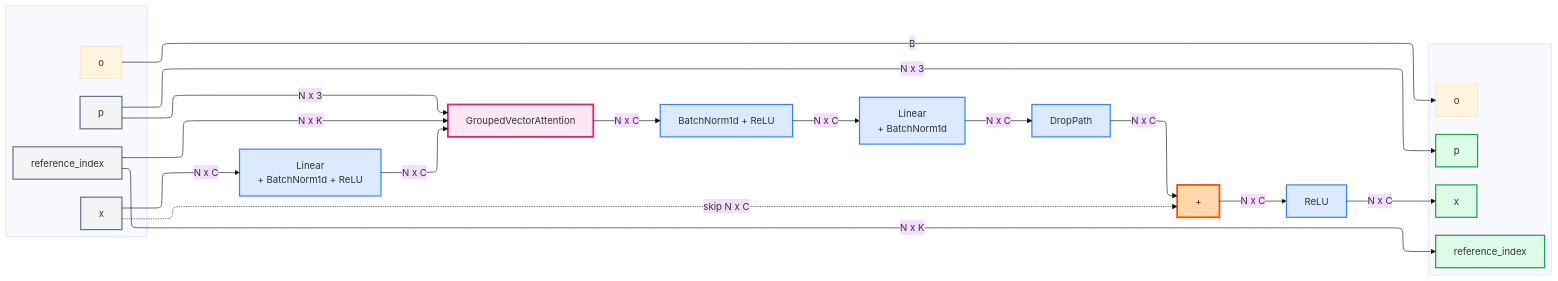
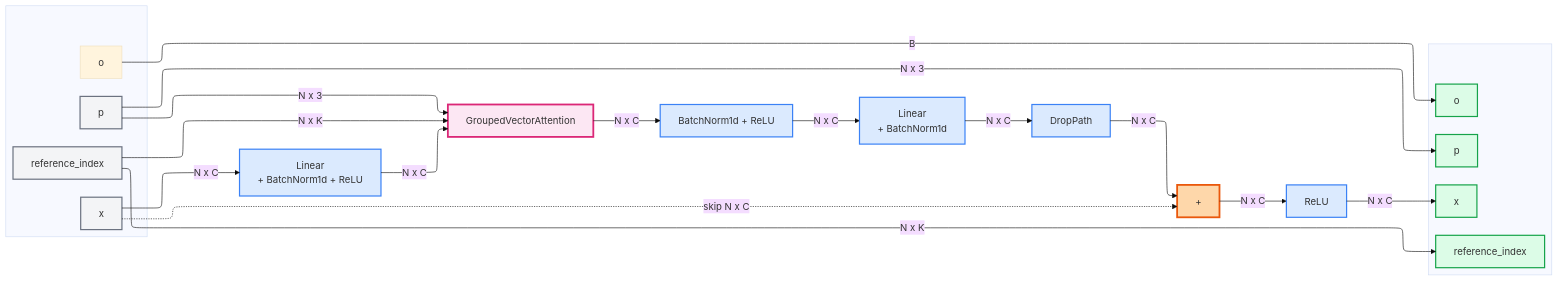
Before and after one commit to antoineach/antoineach.github.io: the diagram in assets/img/poinTransformerV2/block.md, drawn with Mermaid (base theme).

````diff
--- a/assets/img/poinTransformerV2/block.md
+++ b/assets/img/poinTransformerV2/block.md
@@ -1,61 +1,62 @@
 ```mermaid
 ---
 config:
   layout: elk
 ---
 graph LR
     subgraph InputPXO[" "]
         p["p"]
         x["x"]
         o["o"]
         ref["reference_index"]
     end
     
     x -->|N x C| FC1["Linear<br>+ BatchNorm1d + ReLU"]
     
     FC1 -->|N x C| GVA["GroupedVectorAttention"]
     
     p -->|N x 3| GVA
     ref -->|N x K| GVA
     
     GVA -->|N x C| Norm2["BatchNorm1d + ReLU"]
     Norm2 -->|N x C| FC3["Linear<br>+ BatchNorm1d"]
     
     FC3 -->|N x C| DropPath["DropPath"]
     DropPath -->|N x C| Add["+"]
     x -.skip N x C.-> Add
     
     Add -->|N x C| ReLU["ReLU"]
     
     subgraph OutputPXO[" "]
         pout["p"]
         xout["x"]
         oout_t["o"]
         oout["reference_index"]
     end
     
     p -->|N x 3| pout
     ReLU -->|N x C| xout
 
     o --> |B| oout_t
     ref -->|N x K| oout
     
     style p fill:#f3f4f6,stroke:#6b7280,stroke-width:2px
     style x fill:#f3f4f6,stroke:#6b7280,stroke-width:2px
     style ref fill:#f3f4f6,stroke:#6b7280,stroke-width:2px
     
     style FC1 fill:#dbeafe,stroke:#3b82f6,stroke-width:2px
     
     style GVA fill:#fce7f3,stroke:#db2777,stroke-width:3px
     
     style Norm2 fill:#dbeafe,stroke:#3b82f6,stroke-width:2px
     style FC3 fill:#dbeafe,stroke:#3b82f6,stroke-width:2px
     style DropPath fill:#dbeafe,stroke:#3b82f6,stroke-width:2px
     
     style Add fill:#fed7aa,stroke:#ea580c,stroke-width:3px
     style ReLU fill:#dbeafe,stroke:#3b82f6,stroke-width:2px
     
     style pout fill:#dcfce7,stroke:#16a34a,stroke-width:2px
     style xout fill:#dcfce7,stroke:#16a34a,stroke-width:2px
+    style oout_t fill:#dcfce7,stroke:#16a34a,stroke-width:2px
     style oout fill:#dcfce7,stroke:#16a34a,stroke-width:2px
 ```
````
